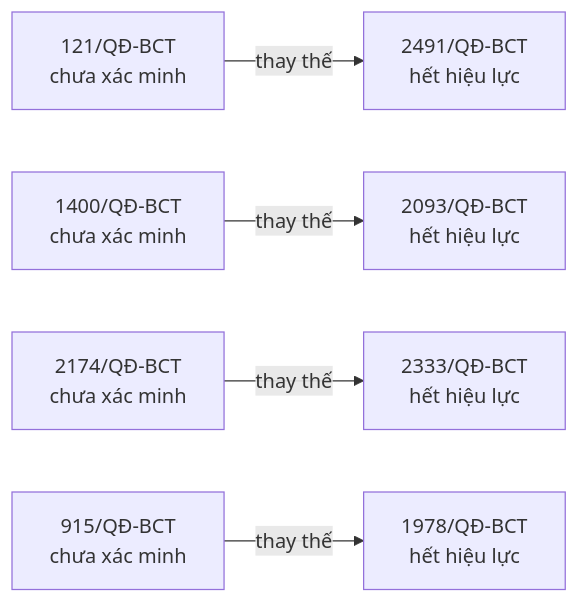
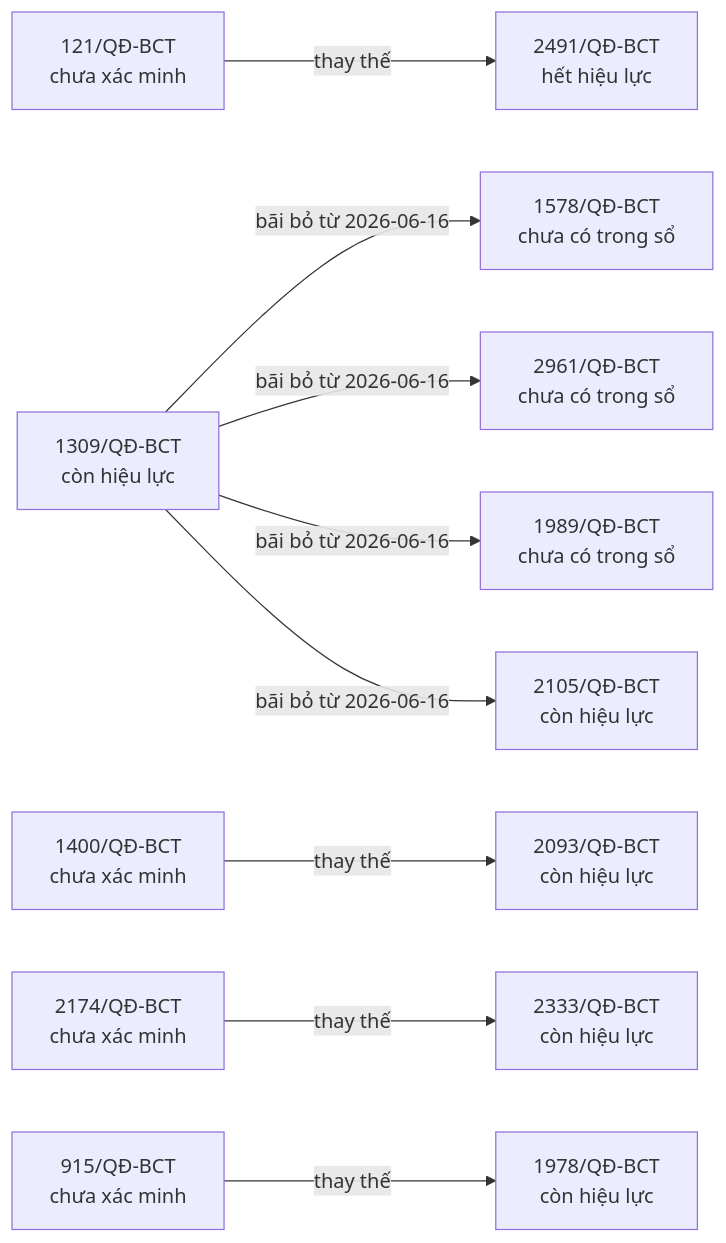
The fifth of 8 diagrams in bao-cao/quan-he.md (ozvietnam/oz-wiki-plhq), drawn with Mermaid before and after one commit. The commit also changed other lines of this file and 5 other files, not shown here.

````diff
--- a/bao-cao/quan-he.md
+++ b/bao-cao/quan-he.md
@@ -144,15 +195,24 @@
 ```mermaid
 flowchart LR
   n_121_Q__BCT["121/QĐ-BCT<br/>chưa xác minh"]
   n_2491_Q__BCT["2491/QĐ-BCT<br/>hết hiệu lực"]
+  n_1309_Q__BCT["1309/QĐ-BCT<br/>còn hiệu lực"]
+  n_1578_Q__BCT["1578/QĐ-BCT<br/>chưa có trong sổ"]
+  n_2961_Q__BCT["2961/QĐ-BCT<br/>chưa có trong sổ"]
+  n_1989_Q__BCT["1989/QĐ-BCT<br/>chưa có trong sổ"]
+  n_2105_Q__BCT["2105/QĐ-BCT<br/>còn hiệu lực"]
   n_1400_Q__BCT["1400/QĐ-BCT<br/>chưa xác minh"]
-  n_2093_Q__BCT["2093/QĐ-BCT<br/>hết hiệu lực"]
+  n_2093_Q__BCT["2093/QĐ-BCT<br/>còn hiệu lực"]
   n_2174_Q__BCT["2174/QĐ-BCT<br/>chưa xác minh"]
-  n_2333_Q__BCT["2333/QĐ-BCT<br/>hết hiệu lực"]
+  n_2333_Q__BCT["2333/QĐ-BCT<br/>còn hiệu lực"]
   n_915_Q__BCT["915/QĐ-BCT<br/>chưa xác minh"]
-  n_1978_Q__BCT["1978/QĐ-BCT<br/>hết hiệu lực"]
+  n_1978_Q__BCT["1978/QĐ-BCT<br/>còn hiệu lực"]
   n_121_Q__BCT -->|thay thế| n_2491_Q__BCT
+  n_1309_Q__BCT -->|bãi bỏ từ 2026-06-16| n_1578_Q__BCT
+  n_1309_Q__BCT -->|bãi bỏ từ 2026-06-16| n_2961_Q__BCT
+  n_1309_Q__BCT -->|bãi bỏ từ 2026-06-16| n_1989_Q__BCT
+  n_1309_Q__BCT -->|bãi bỏ từ 2026-06-16| n_2105_Q__BCT
   n_1400_Q__BCT -->|thay thế| n_2093_Q__BCT
   n_2174_Q__BCT -->|thay thế| n_2333_Q__BCT
   n_915_Q__BCT -->|thay thế| n_1978_Q__BCT
 ```
````
